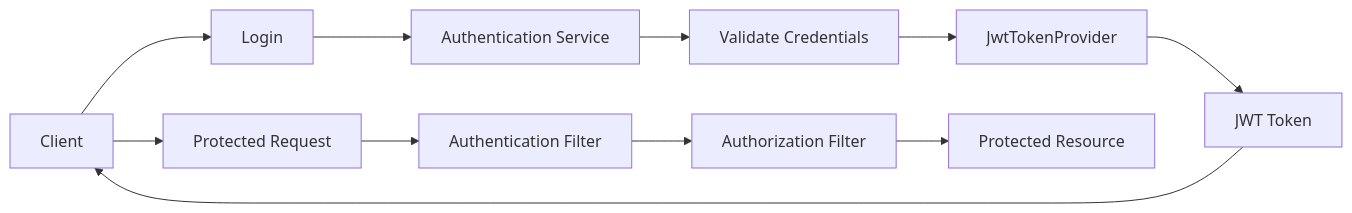
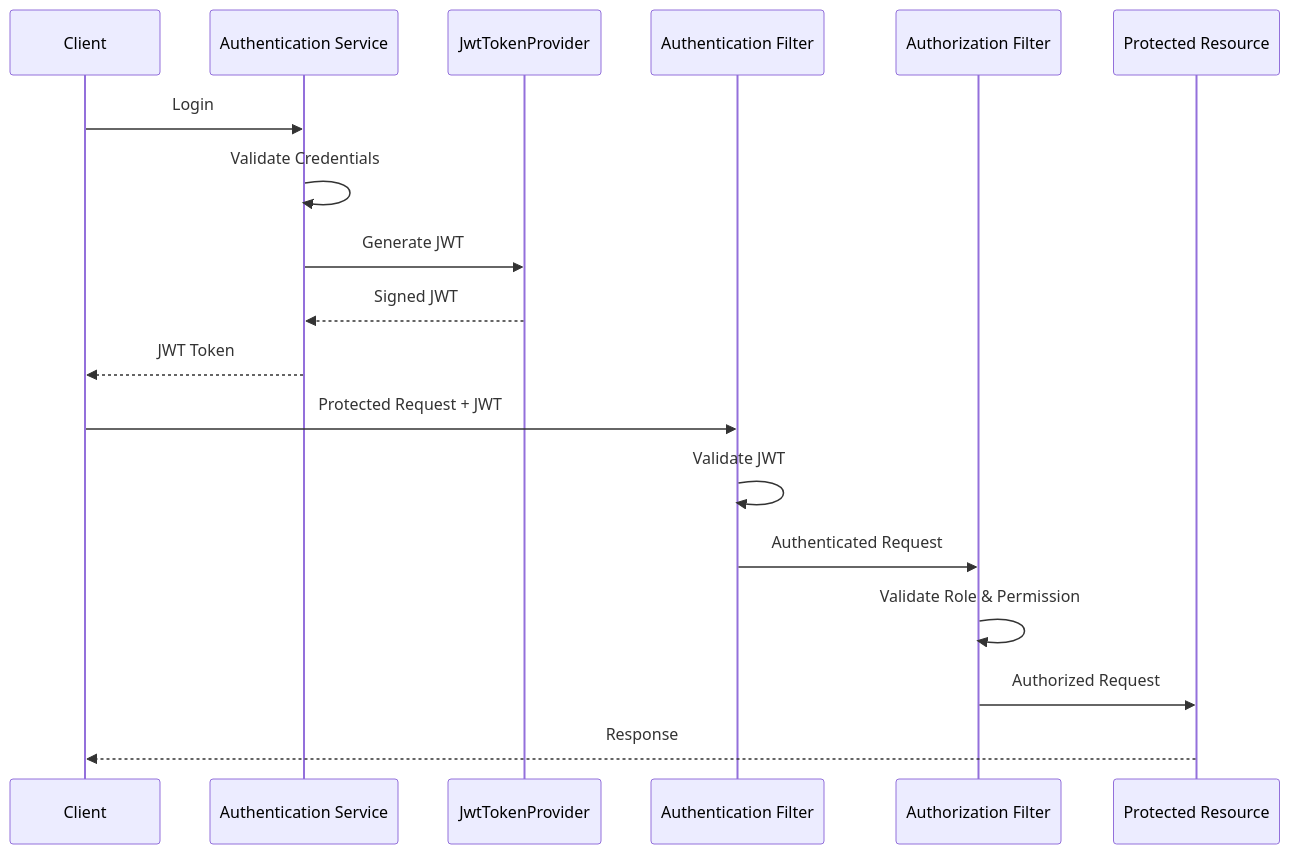
The third of 29 diagrams in README.md (MotionPrograming/AuthorizationManagementSystem), drawn with Mermaid before and after one commit. The commit also changed other lines of this file and 33 other files, not shown here.

````diff
--- a/README.md
+++ b/README.md
@@ -150,22 +145,23 @@
 ```mermaid
-flowchart LR
+sequenceDiagram
 
-    A[Client] --> B[Login]
-    B --> C[Authentication Service]
+    participant C as Client
+    participant A as Authentication Service
+    participant J as JwtTokenProvider
+    participant F as Authentication Filter
+    participant Z as Authorization Filter
+    participant R as Protected Resource
 
-    C --> D[Validate Credentials]
+    C->>A: Login
+    A->>A: Validate Credentials
+    A->>J: Generate JWT
+    J-->>A: Signed JWT
+    A-->>C: JWT Token
 
-    D --> E[JwtTokenProvider]
-
-    E --> F[JWT Token]
-
-    F --> A
-
-    A --> G[Protected Request]
-
-    G --> H[Authentication Filter]
-
-    H --> I[Authorization Filter]
-
-    I --> J[Protected Resource]
+    C->>F: Protected Request + JWT
+    F->>F: Validate JWT
+    F->>Z: Authenticated Request
+    Z->>Z: Validate Role & Permission
+    Z->>R: Authorized Request
+    R-->>C: Response
 ```
````
